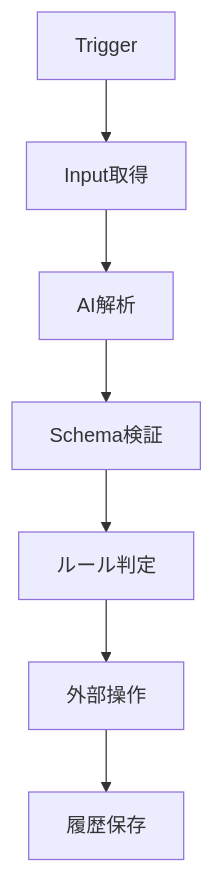
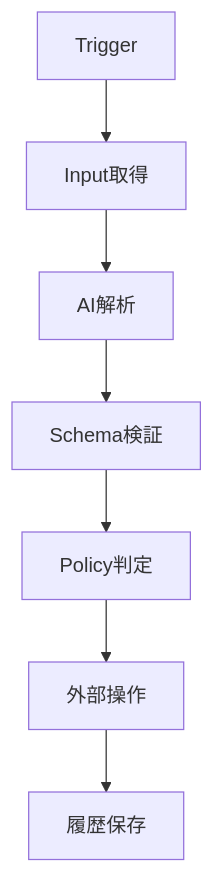
The diagram in docs/agents/_template/specification-template.md (yusukesugahara/AIAgents), drawn with Mermaid before and after one commit. The commit also changed other lines of this file, not shown here.

````diff
--- a/docs/agents/_template/specification-template.md
+++ b/docs/agents/_template/specification-template.md
@@ -67,9 +132,9 @@
 ```mermaid
 flowchart TD
     A[Trigger] --> B[Input取得]
     B --> C[AI解析]
     C --> D[Schema検証]
-    D --> E[ルール判定]
+    D --> E[Policy判定]
     E --> F[外部操作]
     F --> G[履歴保存]
 ```
````
